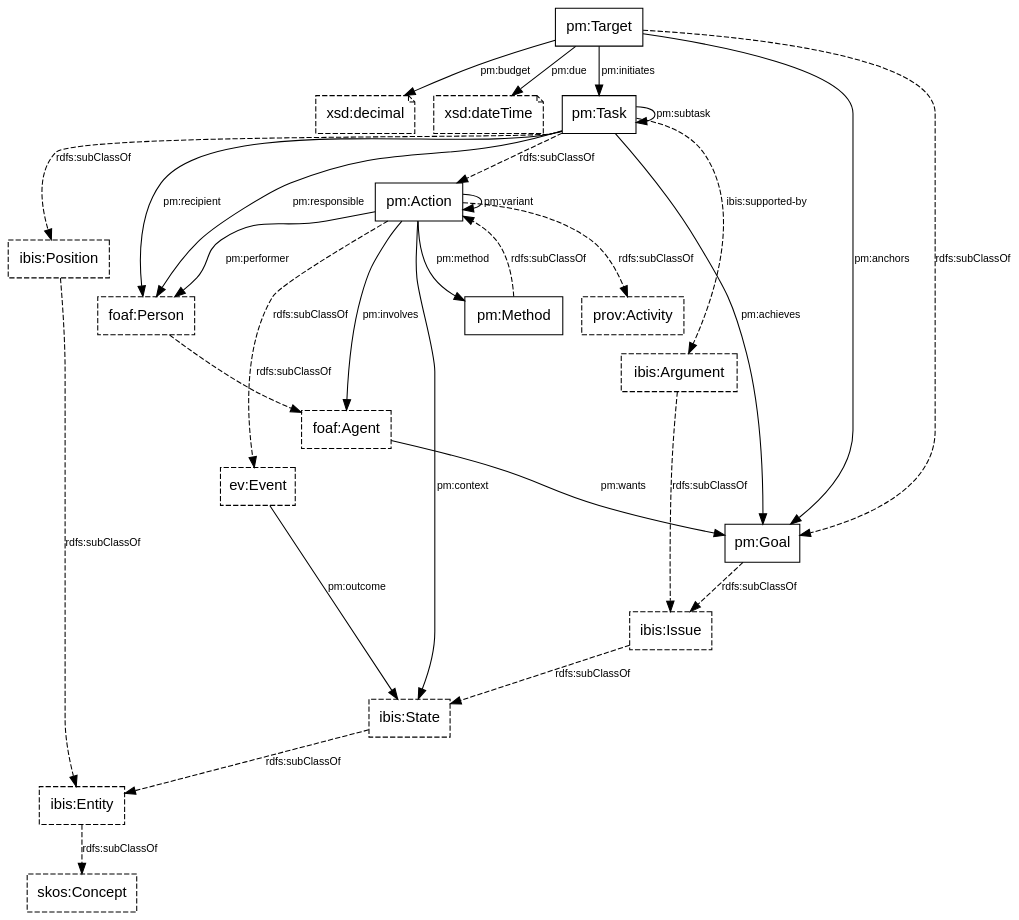
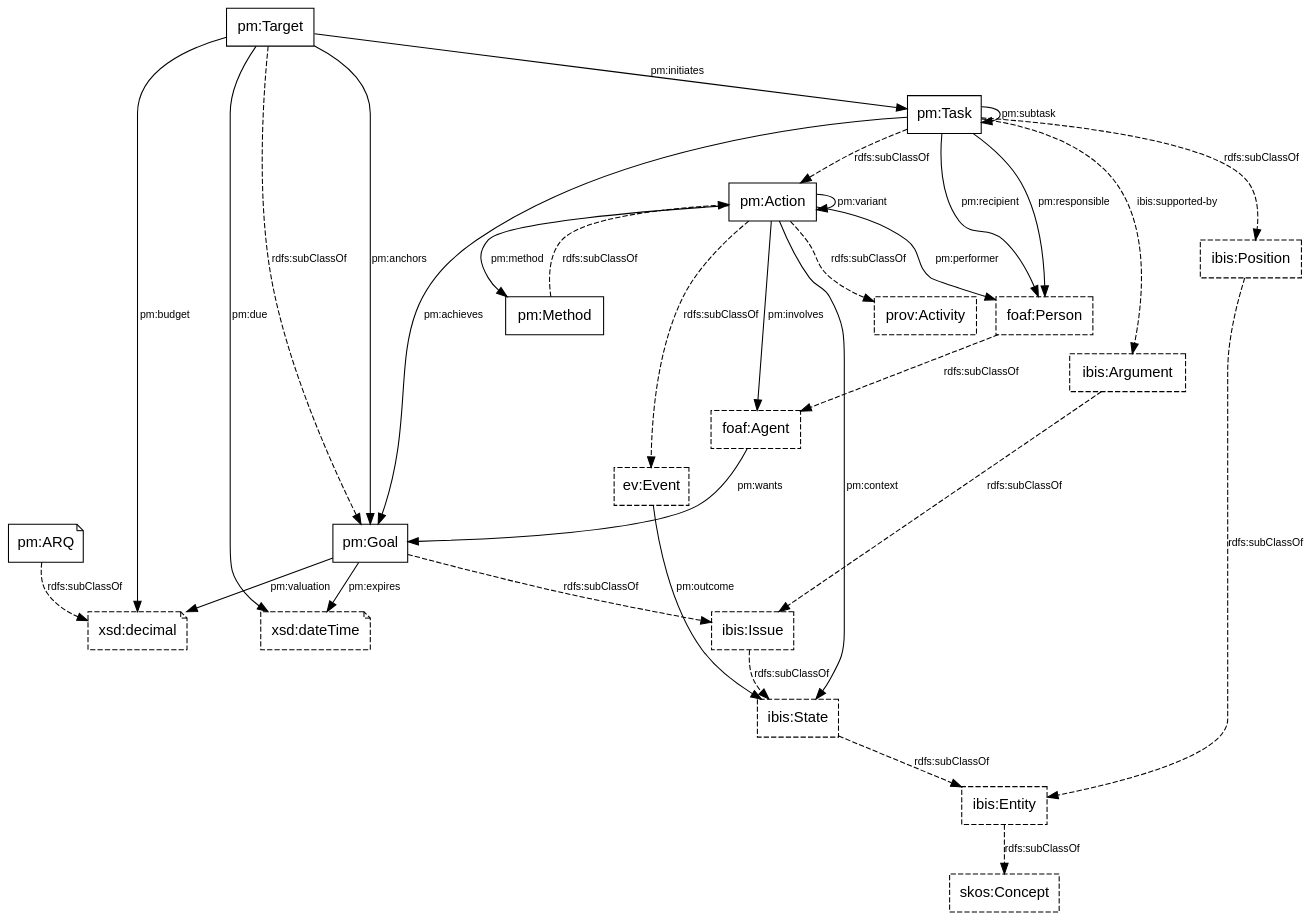
The diagram in process-model-example.dot (doriantaylor/owl-process-model), drawn with Graphviz before and after one commit. The commit also changed 3 other files, not shown here.

Commit message:
update diagrams

```diff
--- a/process-model-example.dot
+++ b/process-model-example.dot
@@ -1,68 +1,76 @@
 digraph {
     graph [bgcolor=transparent,overlap=false];
     node [shape=box,color="#000000",fontcolor="#000000",fontname="Lucida Grande, Lucida Sans Unicode, sans-serif",target="_parent"];
     edge [fontsize=10,concentrate=true,color="#000000",fontcolor="#000000",fontname="Lucida Grande, Lucida Sans Unicode, sans-serif"];
 
     subgraph {
         node [style=dashed];
         ev_Event      [label="ev:Event", href="http://motools.sourceforge.net/event/event.html#term_Event"];
         foaf_Agent    [label="foaf:Agent", href="http://xmlns.com/foaf/spec/#term_Agent"];
         foaf_Person   [label="foaf:Person", href="http://xmlns.com/foaf/spec/#term_Person"];
         ibis_Argument [label="ibis:Argument", href="https://vocab.methodandstructure.com/ibis#Argument"];
         ibis_Entity   [label="ibis:Entity", href="https://vocab.methodandstructure.com/ibis#Entity"];
         ibis_Issue    [label="ibis:Issue", href="https://vocab.methodandstructure.com/ibis#Issue"];
         ibis_Position [label="ibis:Position" href="https://vocab.methodandstructure.com/ibis#Position"];
         ibis_State    [label="ibis:State", href="https://vocab.methodandstructure.com/ibis#State"];
         // owl_Thing     [label="owl:Thing", style=dashed];
         prov_Activity [label="prov:Activity", href="https://www.w3.org/TR/prov-o/#Activity"];
         skos_Concept  [label="skos:Concept", href="https://www.w3.org/TR/skos-reference/#concepts"];
 	// time_Instant [label="time:Instant", style=dashed];
     }
 
     subgraph {
+        node [shape=note];
+        pm_ARQ [label="pm:ARQ", href="https://vocab.methodandstructure.com/process-model#"];
+    }
+
+    subgraph {
         node [shape=note,style=dashed];
         xsd_decimal [label="xsd:decimal"];
         xsd_dateTime [label="xsd:dateTime"];
     }
 
     pm_Goal   [label="pm:Goal"];
     pm_Target [label="pm:Target"];
     pm_Action [label="pm:Action"];
     pm_Task   [label="pm:Task"];
     pm_Method [label="pm:Method"];
 
     subgraph {
         edge [label="rdfs:subClassOf", style=dashed];
         foaf_Person -> foaf_Agent;
         ibis_Argument -> ibis_Issue -> ibis_State -> ibis_Entity -> skos_Concept;
+        pm_ARQ    -> xsd_decimal;
         pm_Action -> prov_Activity;
         pm_Method -> pm_Action;
         pm_Target -> pm_Goal -> ibis_Issue;
-        pm_Task -> ibis_Position -> ibis_Entity;
-        pm_Task -> pm_Action -> ev_Event;
+        pm_Task   -> ibis_Position -> ibis_Entity;
+        pm_Task   -> pm_Action -> ev_Event;
     }
 
     subgraph {
         edge [style=dashed];
         pm_Task -> ibis_Argument [label="ibis:supported-by"];
         // ev_Event -> owl_Thing [label="ev:factor"];
         // ev_Event -> owl_Thing [label="ev:product"];
         // ev_Event -> foaf_Agent [label="ev:agent"];
     }
 
     ev_Event   -> ibis_State   [label="pm:outcome"];
     foaf_Agent -> pm_Goal      [label="pm:wants"];
     pm_Action  -> foaf_Agent   [label="pm:involves"];
     pm_Action  -> foaf_Person  [label="pm:performer"];
     pm_Action  -> ibis_State   [label="pm:context"];
     pm_Action  -> pm_Action    [label="pm:variant"];
     pm_Action  -> pm_Method    [label="pm:method"];
+    pm_Goal    -> xsd_decimal  [label="pm:valuation", weight=1];
+    pm_Goal    -> xsd_dateTime [label="pm:expires", weight=1];
     pm_Target  -> pm_Goal      [label="pm:anchors", weight=1];
     pm_Target  -> pm_Task      [label="pm:initiates"];
     pm_Target  -> xsd_dateTime [label="pm:due", weight=1];
     pm_Target  -> xsd_decimal  [label="pm:budget", weight=1];
     pm_Task    -> foaf_Person  [label="pm:recipient"];
     pm_Task    -> foaf_Person  [label="pm:responsible"];
     pm_Task    -> pm_Goal      [label="pm:achieves"];
     pm_Task    -> pm_Task      [label="pm:subtask"];
 }
```
